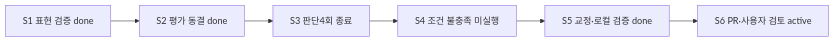
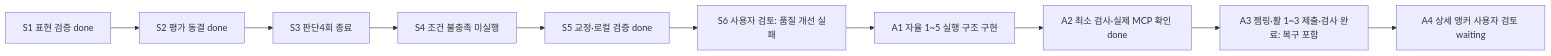
Before and after one commit to skerfolg/poe2-ai-wiki: the diagram in docs/CURRENT-PLAN.md, drawn with Mermaid. The commit also changed other lines of this file and 11 other files, not shown here.

````diff
--- a/docs/CURRENT-PLAN.md
+++ b/docs/CURRENT-PLAN.md
@@ -13,8 +13,12 @@
 ```mermaid
 flowchart LR
  S1[S1 표현 검증 done] --> S2[S2 평가 동결 done]
  S2 --> S3[S3 판단4회 종료]
  S3 --> S4[S4 조건 불충족 미실행]
  S4 --> S5[S5 교정·로컬 검증 done]
- S5 --> S6[S6 PR·사용자 검토 active]
+ S5 --> S6[S6 사용자 검토: 품질 개선 실패]
+ S6 --> A1[A1 자율 1~5 실행 구조 구현]
+ A1 --> A2[A2 최소 검사·실제 MCP 확인 done]
+ A2 --> A3[A3 젬링·활 1~3 제출·검사 완료: 복구 포함]
+ A3 --> A4[A4 상세 앵커 사용자 검토 waiting]
 ```
````
